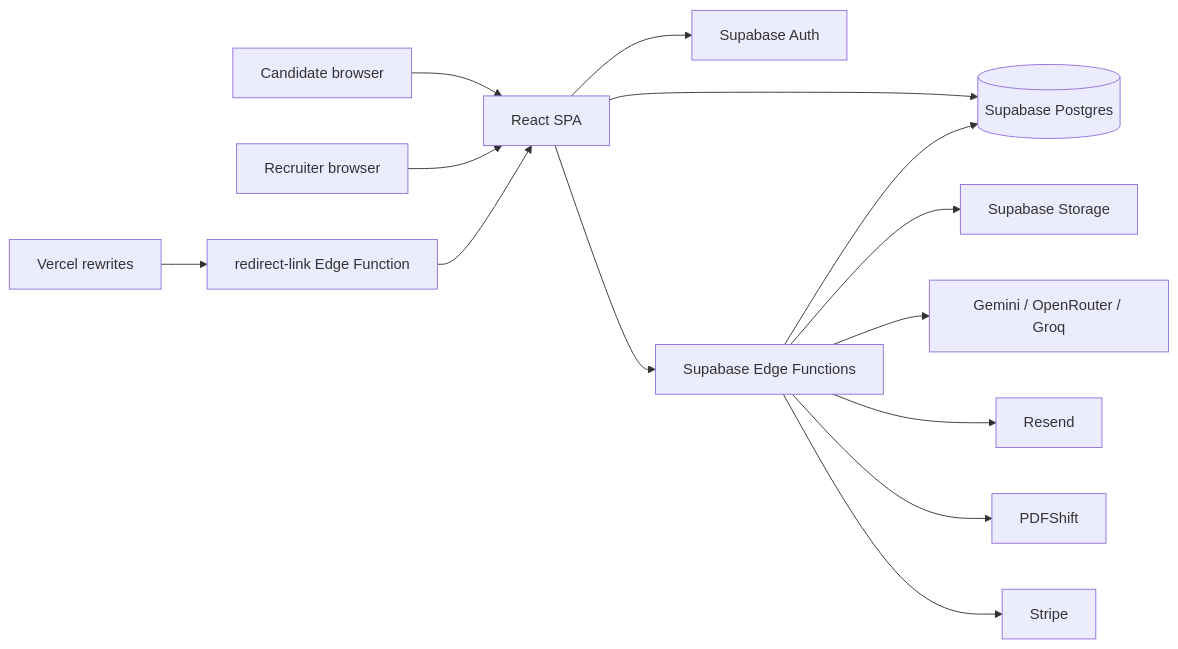
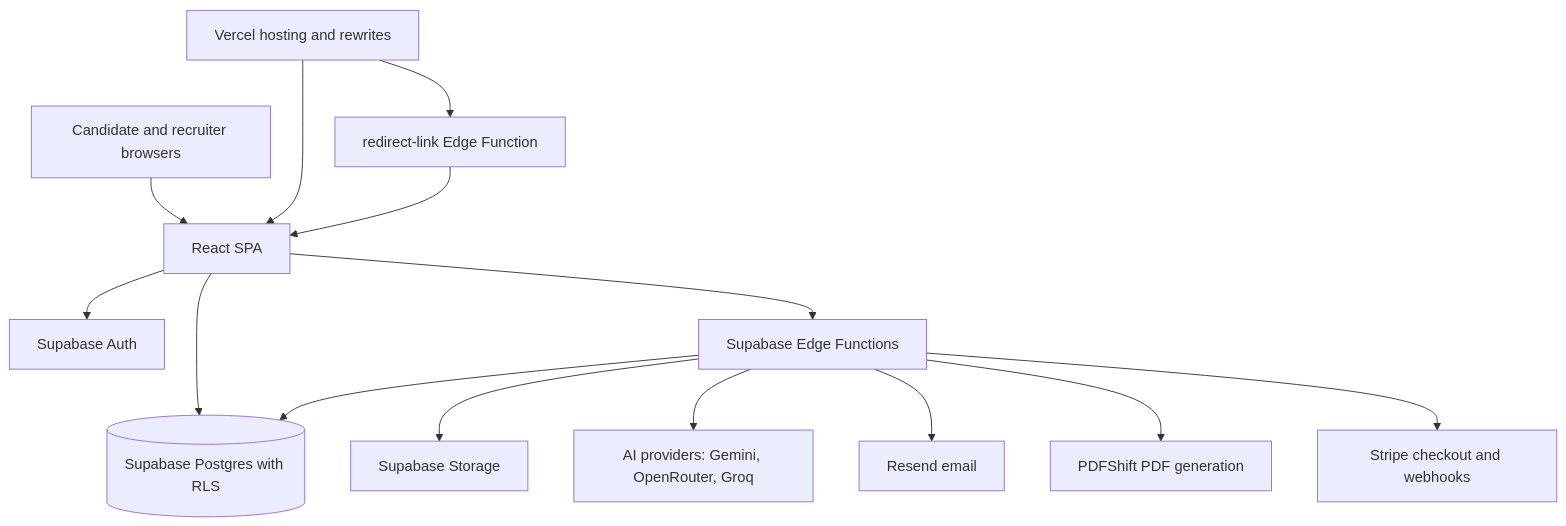
One commit to Syed-Shariqq/SkillGate-B changed the first of 6 diagrams in README.md. Above: the diagram before and after it, drawn with Mermaid. The commit also changed other lines of this file, not shown here.

Commit message:
Fix unwanted rendering issues in readme

````diff
--- a/README.md
+++ b/README.md
@@ -85,16 +85,18 @@
 ```mermaid
-flowchart LR
-  Candidate[Candidate browser] --> React[React SPA]
-  Recruiter[Recruiter browser] --> React
-  React --> SupabaseAuth[Supabase Auth]
-  React --> SupabaseDB[(Supabase Postgres)]
-  React --> Edge[Supabase Edge Functions]
-  Edge --> SupabaseDB
-  Edge --> Storage[Supabase Storage]
-  Edge --> AI[Gemini / OpenRouter / Groq]
-  Edge --> Resend[Resend]
-  Edge --> PDFShift[PDFShift]
-  Edge --> Stripe[Stripe]
-  Vercel[Vercel rewrites] --> Redirect[redirect-link Edge Function]
+flowchart TD
+  Users[Candidate and recruiter browsers] --> React[React SPA]
+  Vercel[Vercel hosting and rewrites] --> React
+  Vercel --> Redirect[redirect-link Edge Function]
   Redirect --> React
+
+  React --> Auth[Supabase Auth]
+  React --> Database[(Supabase Postgres with RLS)]
+  React --> Functions[Supabase Edge Functions]
+
+  Functions --> Database
+  Functions --> Storage[Supabase Storage]
+  Functions --> AI[AI providers: Gemini, OpenRouter, Groq]
+  Functions --> Email[Resend email]
+  Functions --> PDF[PDFShift PDF generation]
+  Functions --> Payments[Stripe checkout and webhooks]
 ```
````
